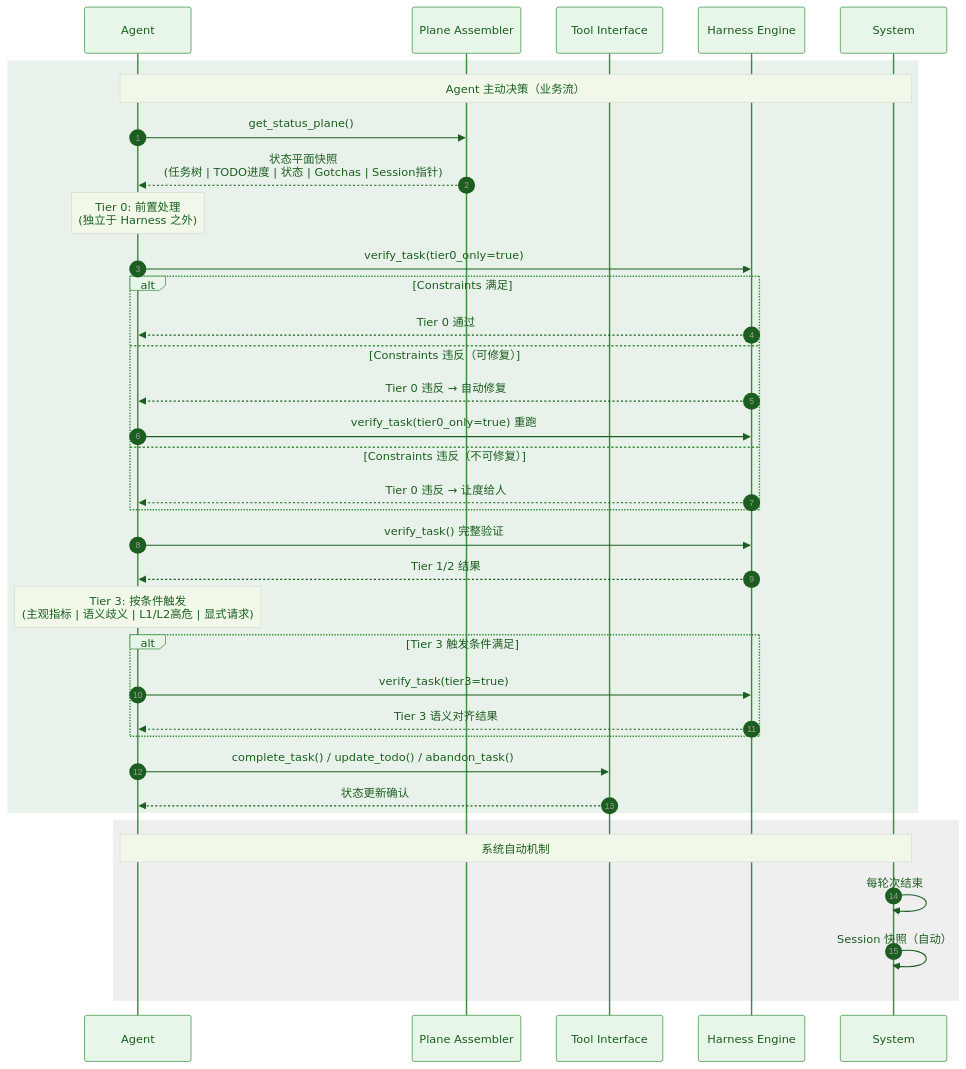
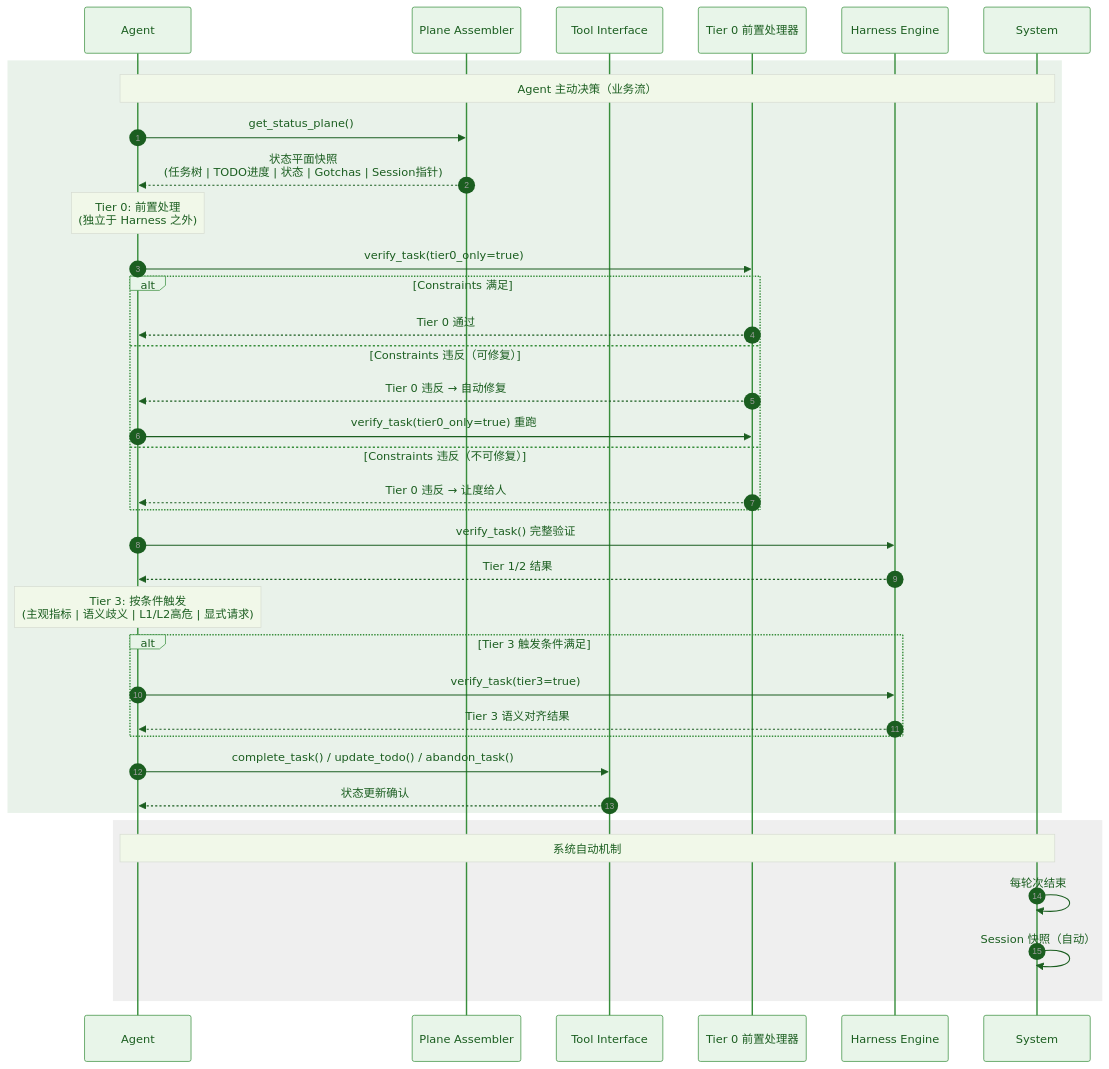
Diagram 13 of 13 in docs/spec.md (Lazyn0tBug/mem0ress), drawn with Mermaid before and after one commit. The commit also changed other lines of this file, not shown here.

Commit message:
fix: separate Tier 0 from Harness Engine in Ch8 module boundary and sequence diagrams
- Ch8.1 三模块边界图: add T0 as distinct module labeled
  "Tier 0 前置处理器（独立于 Harness 之外）", rename HE to
  "验证出口（Tiers 1-3）" to exclude Tier 0
- Ch8.3 业务闭环时序图: replace HE participant with dedicated T0
  participant for Tier 0 pre-processing calls, consistent with
  line 768/769/834 where Tier 0 is described as independent of
  Harness Engine

````diff
--- a/docs/spec.md
+++ b/docs/spec.md
@@ -817,46 +821,47 @@
 ```mermaid
 %% label：Agent 驱动的业务闭环
 %%{ init: { 'theme': 'base', 'themeVariables': { 'primaryColor': '#e8f5e9', 'primaryTextColor': '#1b5e20', 'primaryBorderColor': '#388e3c', 'lineColor': '#616161', 'noteBkgColor': '#f1f8e9', 'noteTextColor': '#1b5e20' } } }%%
 sequenceDiagram
     autonumber
     participant Agent
     participant PA as Plane Assembler
     participant TI as Tool Interface
+    participant T0 as Tier 0 前置处理器
     participant HE as Harness Engine
     participant System
 
     rect rgba(46, 125, 50, 0.1)
         Note over Agent,System: Agent 主动决策（业务流）
         Agent->>PA: get_status_plane()
         PA-->>Agent: 状态平面快照<br/>(任务树 | TODO进度 | 状态 | Gotchas | Session指针)
 
         Note over Agent: Tier 0: 前置处理<br/>(独立于 Harness 之外)
-        Agent->>HE: verify_task(tier0_only=true)
+        Agent->>T0: verify_task(tier0_only=true)
         alt Constraints 满足
-            HE-->>Agent: Tier 0 通过
+            T0-->>Agent: Tier 0 通过
         else Constraints 违反（可修复）
-            HE-->>Agent: Tier 0 违反 → 自动修复
-            Agent->>HE: verify_task(tier0_only=true) 重跑
+            T0-->>Agent: Tier 0 违反 → 自动修复
+            Agent->>T0: verify_task(tier0_only=true) 重跑
         else Constraints 违反（不可修复）
-            HE-->>Agent: Tier 0 违反 → 让度给人
+            T0-->>Agent: Tier 0 违反 → 让度给人
         end
 
         Agent->>HE: verify_task() 完整验证
         HE-->>Agent: Tier 1/2 结果
 
         Note over Agent: Tier 3: 按条件触发<br/>(主观指标 | 语义歧义 | L1/L2高危 | 显式请求)
         alt Tier 3 触发条件满足
             Agent->>HE: verify_task(tier3=true)
             HE-->>Agent: Tier 3 语义对齐结果
         end
 
         Agent->>TI: complete_task() / update_todo() / abandon_task()
         TI-->>Agent: 状态更新确认
     end
 
     rect rgba(100, 100, 100, 0.1)
         Note over Agent,System: 系统自动机制
         System->>System: 每轮次结束
         System->>System: Session 快照（自动）
     end
 ```
````
